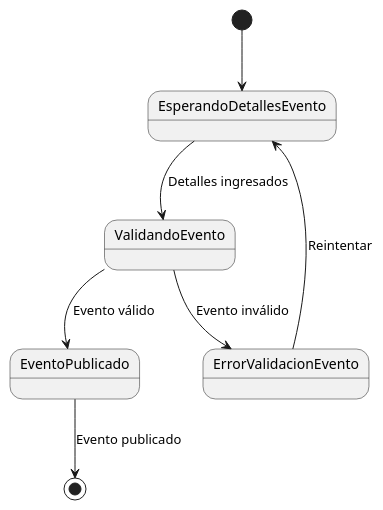
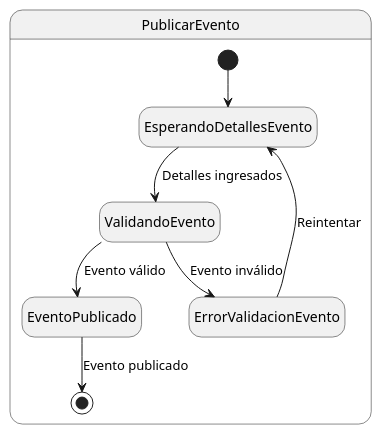
One commit to Andreinalcm/Proyecto_de_inge_grupo4 changed the diagram in docs/scenariosView/DisciplinaDeRequisitos/diagramaDeEstadoPublicarEvento.plantuml. Above: the diagram before and after it, drawn with PlantUML. The commit also changed 14 other files, not shown here.

```diff
--- a/docs/scenariosView/DisciplinaDeRequisitos/diagramaDeEstadoPublicarEvento.plantuml
+++ b/docs/scenariosView/DisciplinaDeRequisitos/diagramaDeEstadoPublicarEvento.plantuml
@@ -1,8 +1,14 @@
 @startuml Publicar evento uc3
-[*] --> EsperandoDetallesEvento
-EsperandoDetallesEvento --> ValidandoEvento : Detalles ingresados
-ValidandoEvento --> EventoPublicado : Evento válido
-ValidandoEvento --> ErrorValidacionEvento : Evento inválido
-ErrorValidacionEvento --> EsperandoDetallesEvento : Reintentar
-EventoPublicado --> [*] : Evento publicado
+
+hide empty description
+
+state PublicarEvento{
+    [*] --> EsperandoDetallesEvento
+    EsperandoDetallesEvento --> ValidandoEvento : Detalles ingresados
+    ValidandoEvento --> EventoPublicado : Evento válido
+    ValidandoEvento --> ErrorValidacionEvento : Evento inválido
+    ErrorValidacionEvento --> EsperandoDetallesEvento : Reintentar
+    EventoPublicado --> [*] : Evento publicado
+}
+
 @enduml
```
